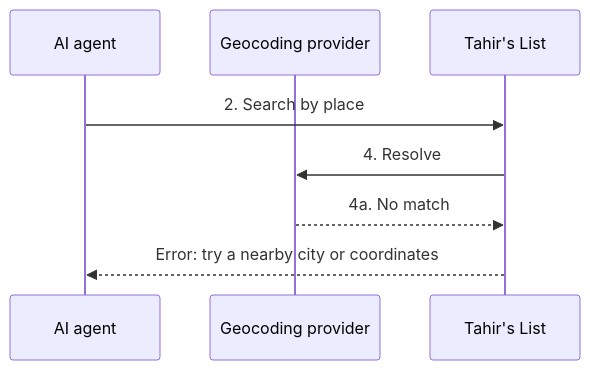
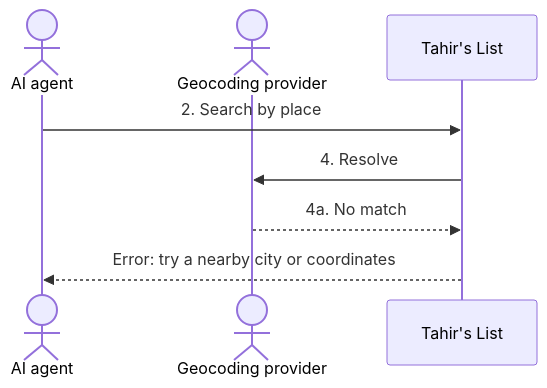
One commit to Losers-Lab/tahirs-list changed the sixth of 7 diagrams in docs/features/SC-209/04-blackbox/UC-01-search-restaurants.md. Above: the diagram before and after it, drawn with Mermaid. The commit also changed other lines of this file and 3 other files, not shown here.

Commit message:
[SC-209] Use actor and database symbols in sequences

````diff
--- a/docs/features/SC-209/04-blackbox/UC-01-search-restaurants.md
+++ b/docs/features/SC-209/04-blackbox/UC-01-search-restaurants.md
@@ -62,10 +62,10 @@
 ```mermaid
 sequenceDiagram
-    participant AG as AI agent
-    participant GEO as Geocoding provider
+    actor AG as AI agent
+    actor GEO as Geocoding provider
     participant TL as Tahir's List
     AG->>TL: 2. Search by place
     TL->>GEO: 4. Resolve
     GEO-->>TL: 4a. No match
     TL-->>AG: Error: try a nearby city or coordinates
 ```
````
